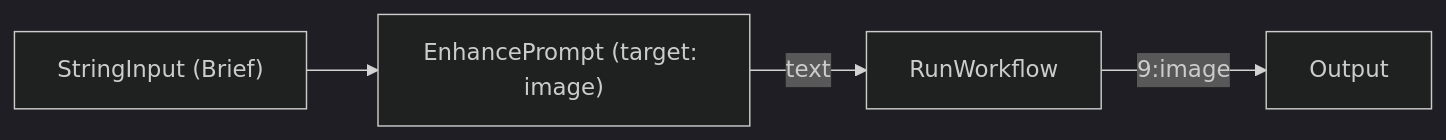
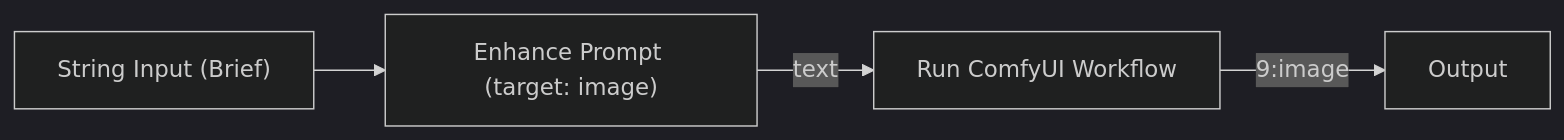
The first of 4 diagrams in docs/comfyui-recipes.md (nodetool-ai/nodetool), drawn with Mermaid (dark theme) before and after one commit. The commit also changed other lines of this file and 19 other files, not shown here.

```diff
--- a/docs/comfyui-recipes.md
+++ b/docs/comfyui-recipes.md
@@ -46,9 +45,9 @@
 {% mermaid %}
 graph LR
-  brief["StringInput (Brief)"]
-  enhance["EnhancePrompt (target: image)"]
-  comfy["RunWorkflow"]
+  brief["String Input (Brief)"]
+  enhance["Enhance Prompt (target: image)"]
+  comfy["Run ComfyUI Workflow"]
   out["Output"]
   brief --> enhance -->|text| comfy
   comfy -->|"9:image"| out
 {% endmermaid %}
```
